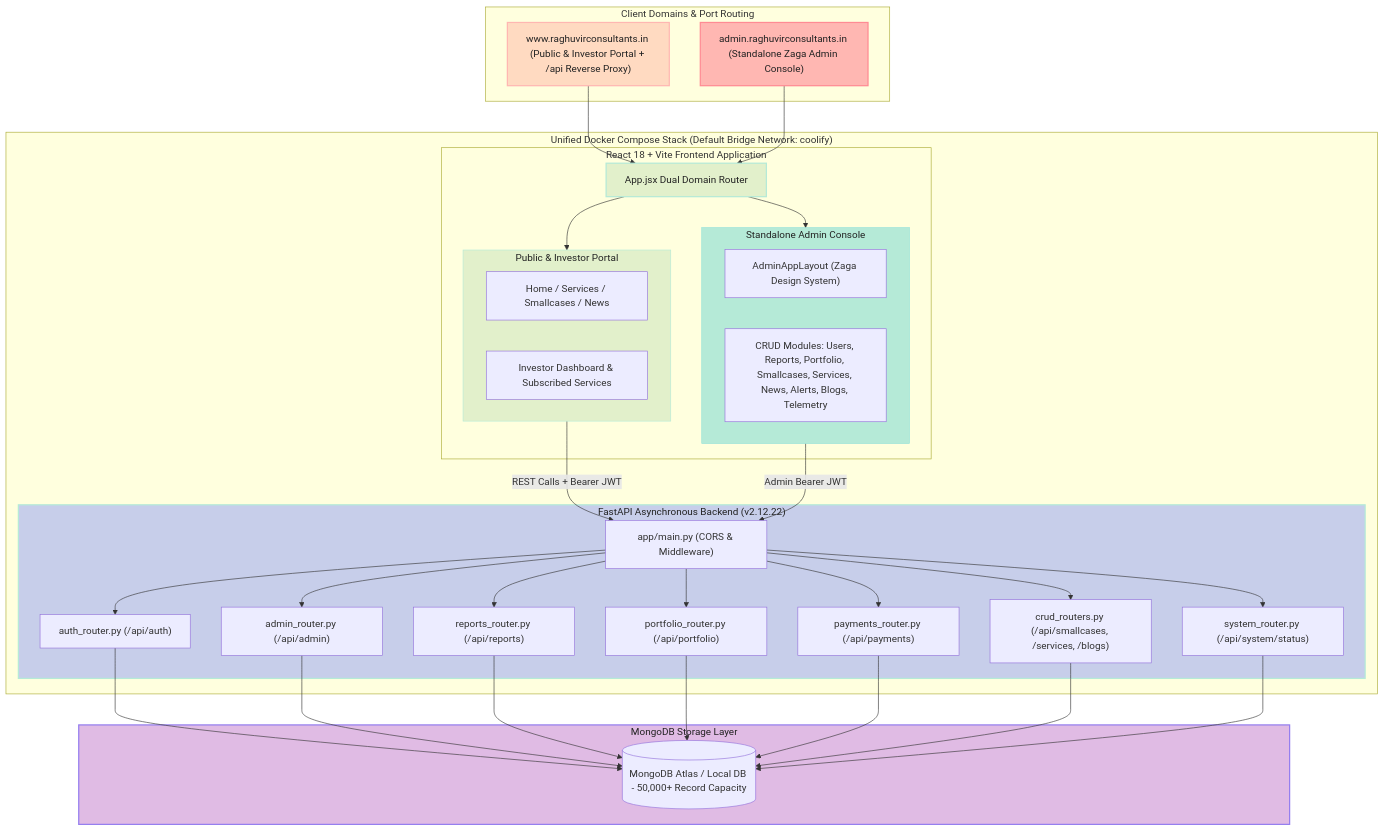
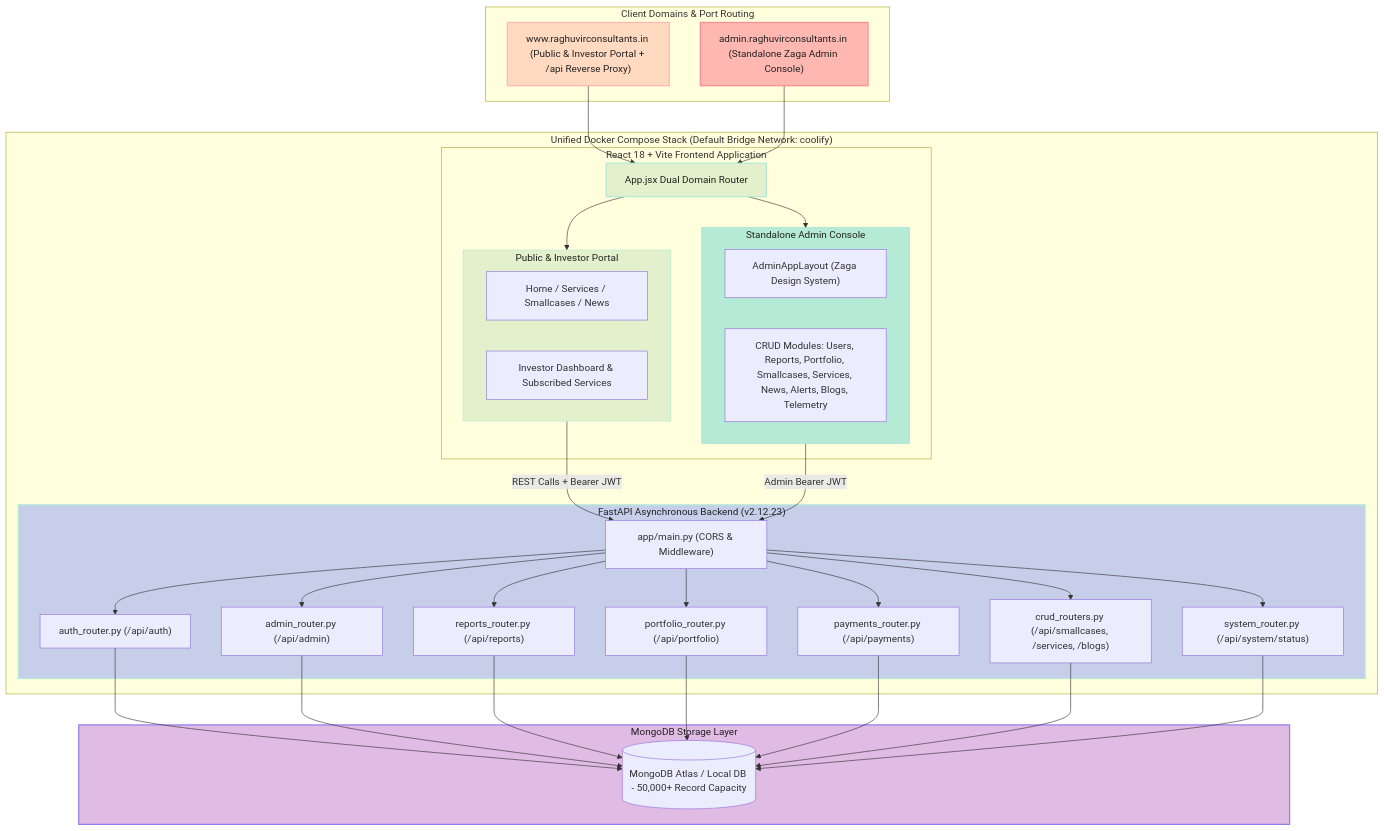
Before and after one commit to tejasrsuthar/raghuvirconsultants-site: the first of 2 diagrams in backend/docs/ARCHITECTURE.md, drawn with Mermaid. The commit also changed other lines of this file and 35 other files, not shown here.

````diff
--- a/backend/docs/ARCHITECTURE.md
+++ b/backend/docs/ARCHITECTURE.md
@@ -14,72 +14,72 @@
 ```mermaid
 graph TD
     subgraph ClientDomains["Client Domains & Port Routing"]
         PublicDomain["www.raghuvirconsultants.in (Public & Investor Portal + /api Reverse Proxy)"]
         AdminDomain["admin.raghuvirconsultants.in (Standalone Zaga Admin Console)"]
     end
 
     subgraph ComposeStack["Unified Docker Compose Stack (Default Bridge Network: coolify)"]
         subgraph ReactFrontend["React 18 + Vite Frontend Application"]
             AppRouter["App.jsx Dual Domain Router"]
             
             subgraph PublicPortal["Public & Investor Portal"]
               PublicViews["Home / Services / Smallcases / News"]
               InvestorPortal["Investor Dashboard & Subscribed Services"]
             end
 
             subgraph ZagaAdmin["Standalone Admin Console"]
               AdminLayout["AdminAppLayout (Zaga Design System)"]
               AdminModules["CRUD Modules: Users, Reports, Portfolio, Smallcases, Services, News, Alerts, Blogs, Telemetry"]
             end
         end
 
-        subgraph FastAPIServer["FastAPI Asynchronous Backend (v2.12.22)"]
+        subgraph FastAPIServer["FastAPI Asynchronous Backend (v2.12.23)"]
             API["app/main.py (CORS & Middleware)"]
             AuthRouter["auth_router.py (/api/auth)"]
             AdminRouter["admin_router.py (/api/admin)"]
             ReportsRouter["reports_router.py (/api/reports)"]
             PortfolioRouter["portfolio_router.py (/api/portfolio)"]
             PaymentsRouter["payments_router.py (/api/payments)"]
             CRUDRouters["crud_routers.py (/api/smallcases, /services, /blogs)"]
             SystemRouter["system_router.py (/api/system/status)"]
         end
     end
 
     subgraph DataStore["MongoDB Storage Layer"]
         MongoDB[(MongoDB Atlas / Local DB - 50,000+ Record Capacity)]
     end
 
     PublicDomain --> AppRouter
     AdminDomain --> AppRouter
 
     AppRouter --> PublicPortal
     AppRouter --> ZagaAdmin
 
     PublicPortal -->|REST Calls + Bearer JWT| API
     ZagaAdmin -->|Admin Bearer JWT| API
 
     API --> AuthRouter
     API --> AdminRouter
     API --> ReportsRouter
     API --> PortfolioRouter
     API --> PaymentsRouter
     API --> CRUDRouters
     API --> SystemRouter
 
     AuthRouter --> MongoDB
     AdminRouter --> MongoDB
     ReportsRouter --> MongoDB
     PortfolioRouter --> MongoDB
     PaymentsRouter --> MongoDB
     CRUDRouters --> MongoDB
     SystemRouter --> MongoDB
 
     %% Pastel Color Palette Styling
     style PublicDomain fill:#FFDAC1,stroke:#FFB7B2,stroke-width:2px,color:#222;
     style AdminDomain fill:#FFB7B2,stroke:#FF8B94,stroke-width:2px,color:#222;
     style AppRouter fill:#E2F0CB,stroke:#B5EAD7,stroke-width:2px,color:#222;
     style PublicPortal fill:#E2F0CB,stroke:#B5EAD7,stroke-width:1px,color:#222;
     style ZagaAdmin fill:#B5EAD7,stroke:#93E1D8,stroke-width:1px,color:#222;
     style FastAPIServer fill:#C7CEEA,stroke:#B5EAD7,stroke-width:2px,color:#222;
     style DataStore fill:#E0BBE4,stroke:#957FEF,stroke-width:2px,color:#222;
 ```
````
